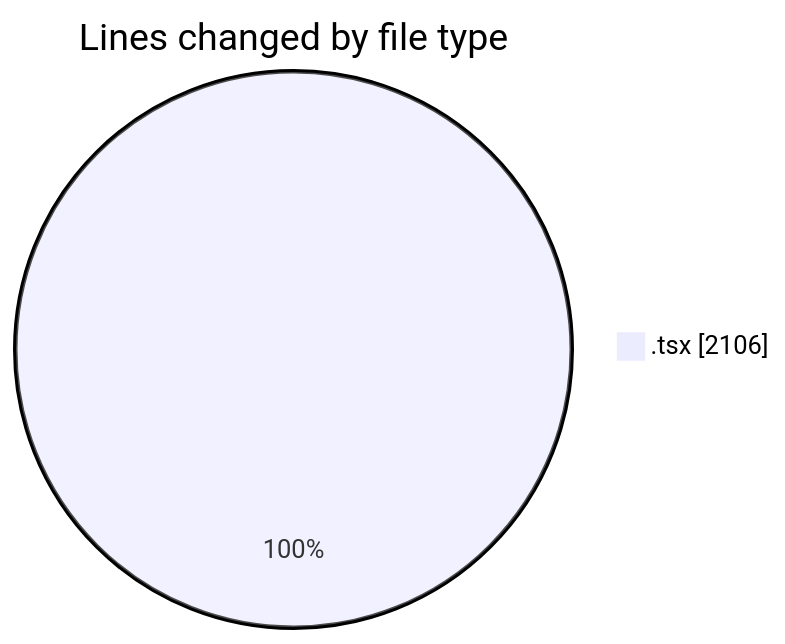
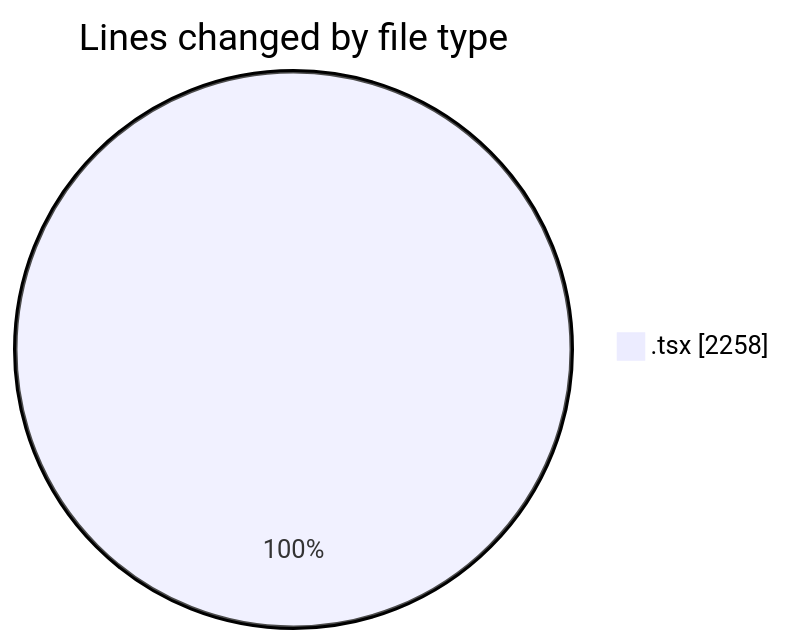
The first of 2 diagrams in 2026-02-22/nxtqube_webapp/README.md (nxtqubesakshisongat/code-tracking), drawn with Mermaid before and after one commit. The commit also changed other lines of this file and 1 other file, not shown here.

````diff
--- a/2026-02-22/nxtqube_webapp/README.md
+++ b/2026-02-22/nxtqube_webapp/README.md
@@ -20,5 +20,5 @@
 ```mermaid
 pie showData
 title Lines changed by file type
-".tsx" : 2106
+".tsx" : 2258
 ```
````
